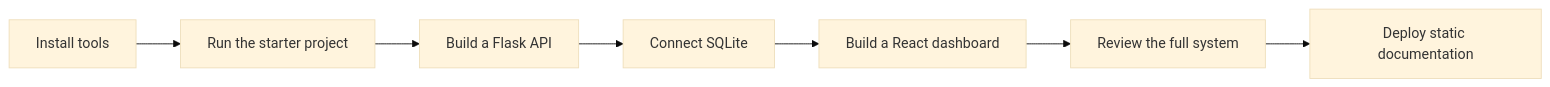
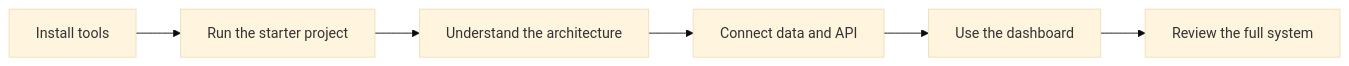
Before and after one commit to SWS3022/SWS3022.github.io: the diagram in docs/web-app/index.md, drawn with Mermaid (base theme). The commit also changed other lines of this file and 6 other files, not shown here.

Commit message:
Deepen system architecture tutorial

````diff
--- a/docs/web-app/index.md
+++ b/docs/web-app/index.md
@@ -34,9 +45,8 @@
 ```mermaid
 flowchart LR
     A[Install tools] --> B[Run the starter project]
-    B --> C[Build a Flask API]
-    C --> D[Connect SQLite]
-    D --> E[Build a React dashboard]
+    B --> C[Understand the architecture]
+    C --> D[Connect data and API]
+    D --> E[Use the dashboard]
     E --> F[Review the full system]
-    F --> G[Deploy static documentation]
 ```
````
